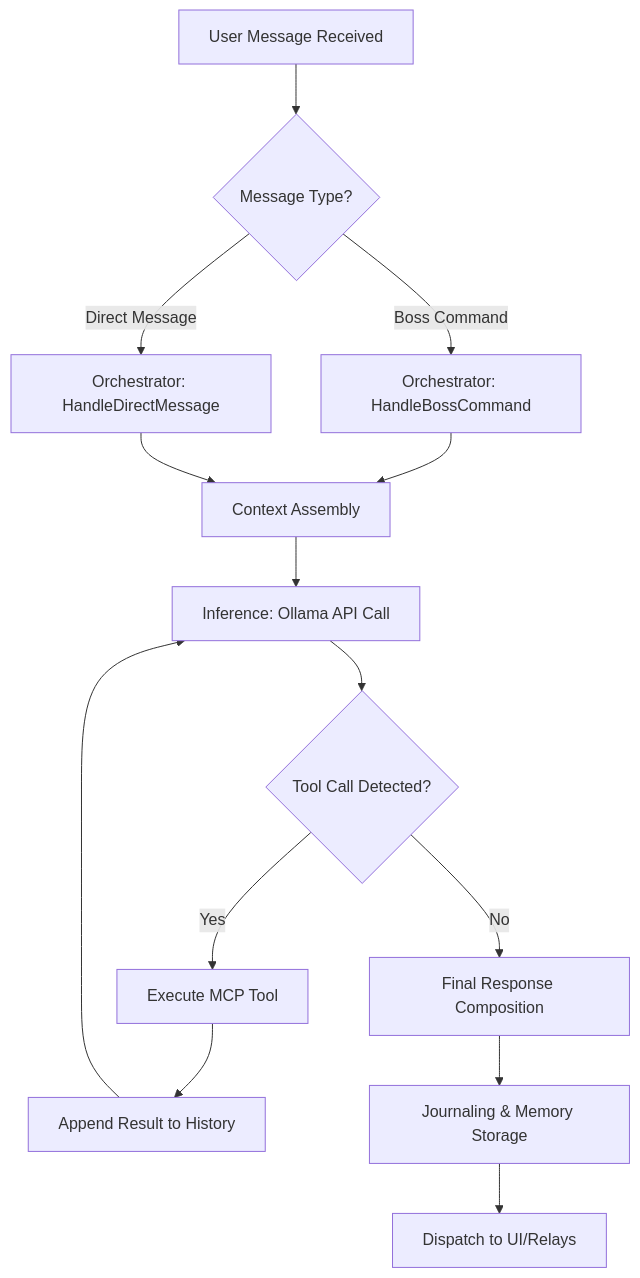
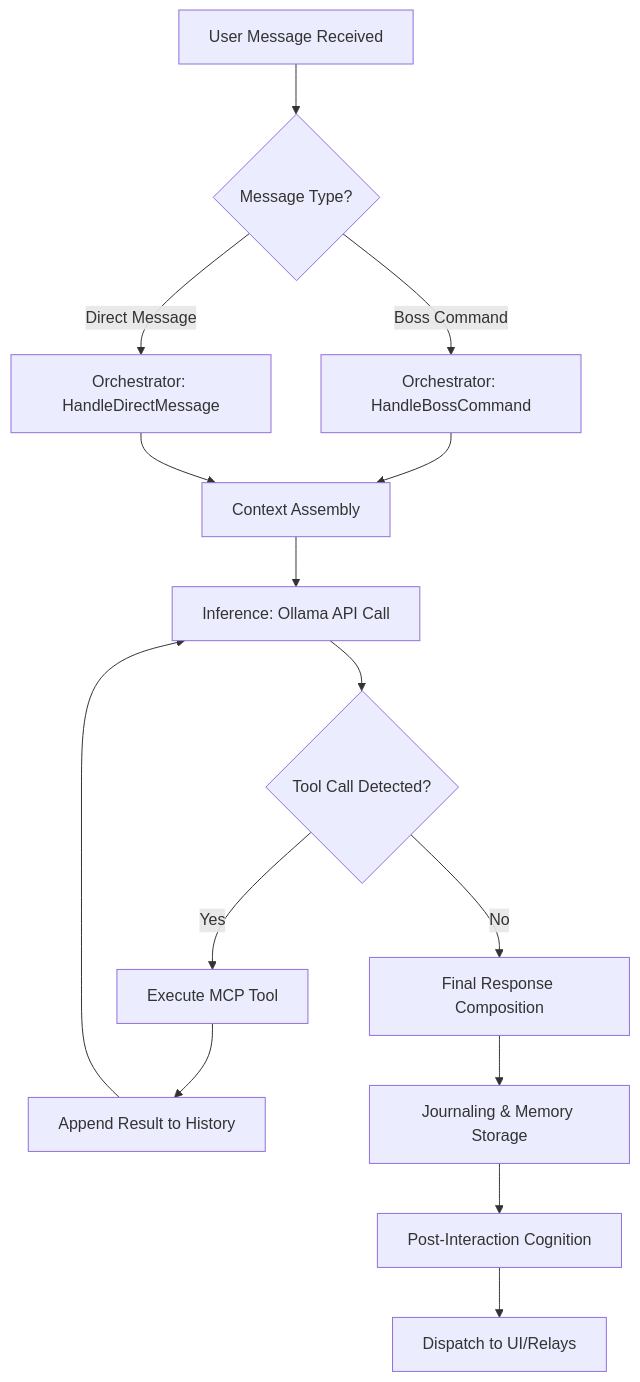
The first of 2 diagrams in docs/thought_pipeline.md (Haepapa/kotui), drawn with Mermaid before and after one commit. The commit also changed other lines of this file and 5 other files, not shown here.

````diff
--- a/docs/thought_pipeline.md
+++ b/docs/thought_pipeline.md
@@ -11,19 +11,20 @@
 ```mermaid
 graph TD
     A[User Message Received] --> B{Message Type?}
     B -- Boss Command --> C[Orchestrator: HandleBossCommand]
     B -- Direct Message --> D[Orchestrator: HandleDirectMessage]
     
     C --> E[Context Assembly]
     D --> E
     
     E --> F[Inference: Ollama API Call]
     F --> G{Tool Call Detected?}
     G -- Yes --> H[Execute MCP Tool]
     H --> I[Append Result to History]
     I --> F
     
     G -- No --> J[Final Response Composition]
     J --> K[Journaling & Memory Storage]
-    K --> L[Dispatch to UI/Relays]
+    K --> L[Post-Interaction Cognition]
+    L --> M[Dispatch to UI/Relays]
 ```
````
